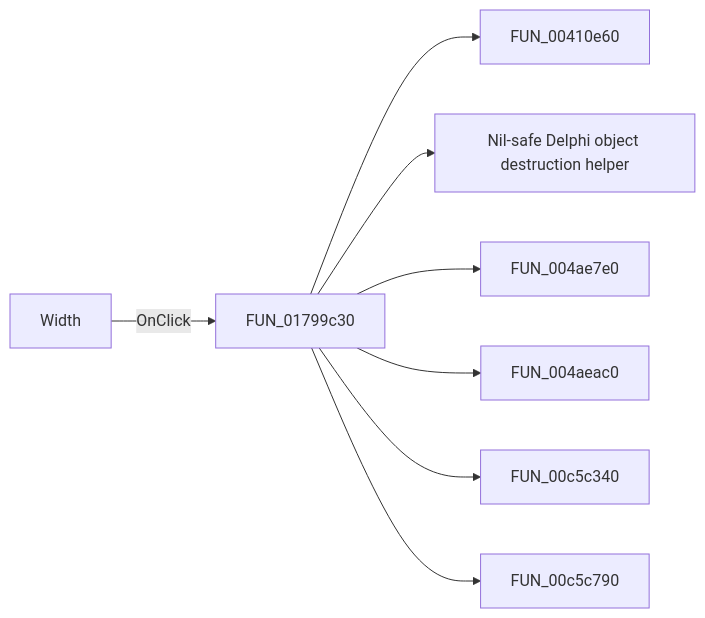
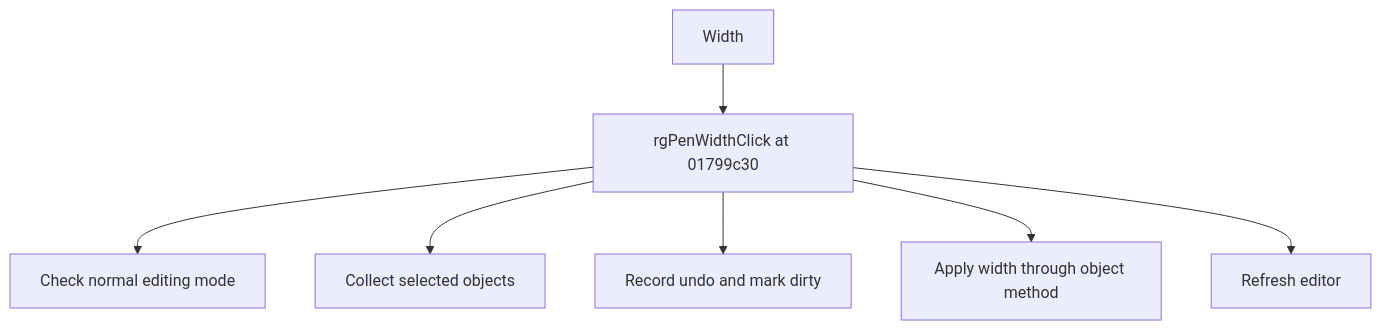
Before and after one commit to MovGP0/TIARA: the diagram in docs/ui-controls/shapeedit/rgpenwidth-bb591511c9.md, drawn with Mermaid. The commit also changed other lines of this file and 1062 other files, not shown here.

````diff
--- a/docs/ui-controls/shapeedit/rgpenwidth-bb591511c9.md
+++ b/docs/ui-controls/shapeedit/rgpenwidth-bb591511c9.md
@@ -27,10 +25,9 @@
 ```mermaid
-flowchart LR
-    control[" Width "] -->|OnClick| handler["FUN_01799c30"]
-    handler --> call1["FUN_00410e60"]
-    handler --> call2["Nil-safe Delphi object destruction helper"]
-    handler --> call3["FUN_004ae7e0"]
-    handler --> call4["FUN_004aeac0"]
-    handler --> call5["FUN_00c5c340"]
-    handler --> call6["FUN_00c5c790"]
+flowchart TD
+    control[" Width "] --> handler["rgPenWidthClick at 01799c30"]
+    handler --> step1["Check normal editing mode"]
+    handler --> step2["Collect selected objects"]
+    handler --> step3["Record undo and mark dirty"]
+    handler --> step4["Apply width through object method"]
+    handler --> step5["Refresh editor"]
 ```
````
